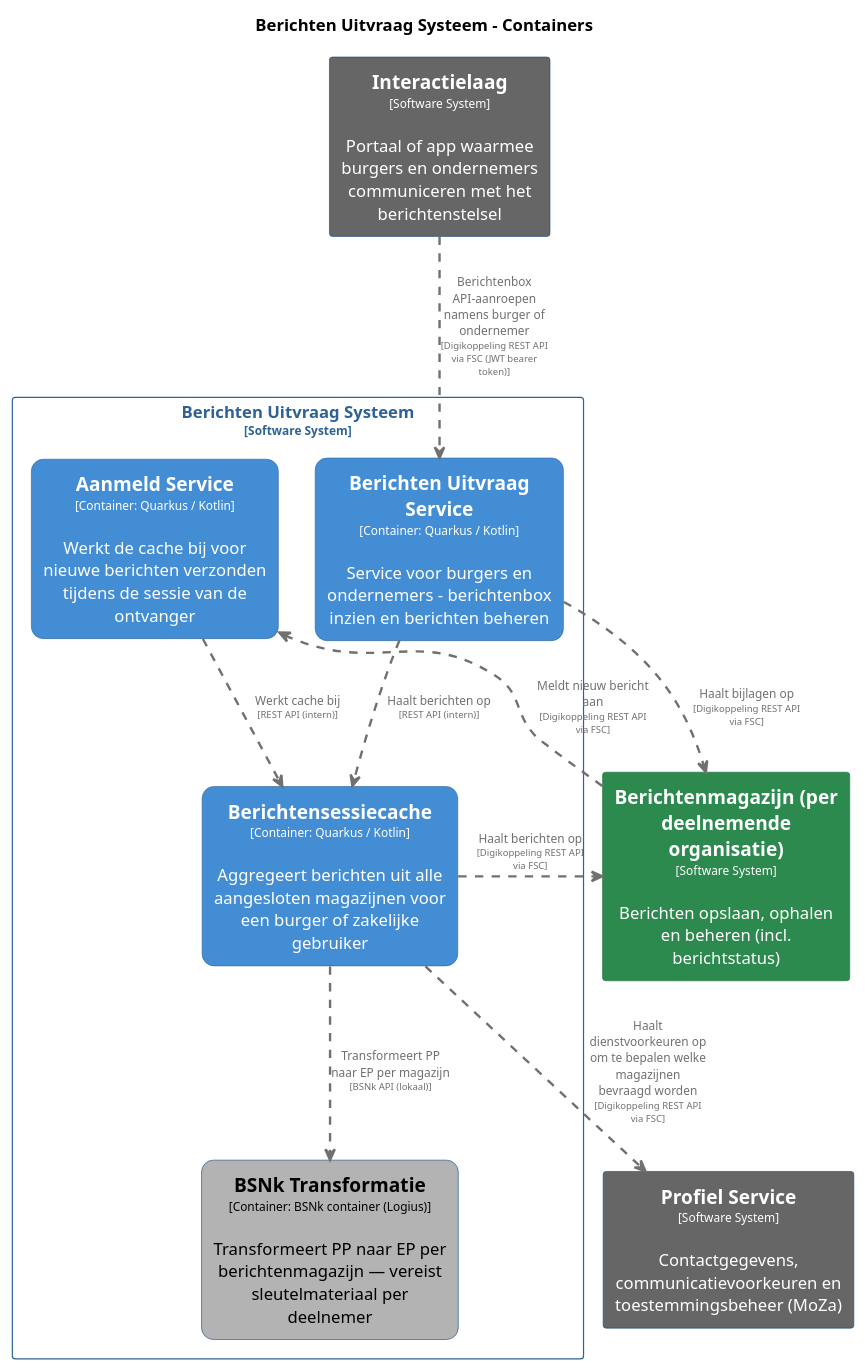
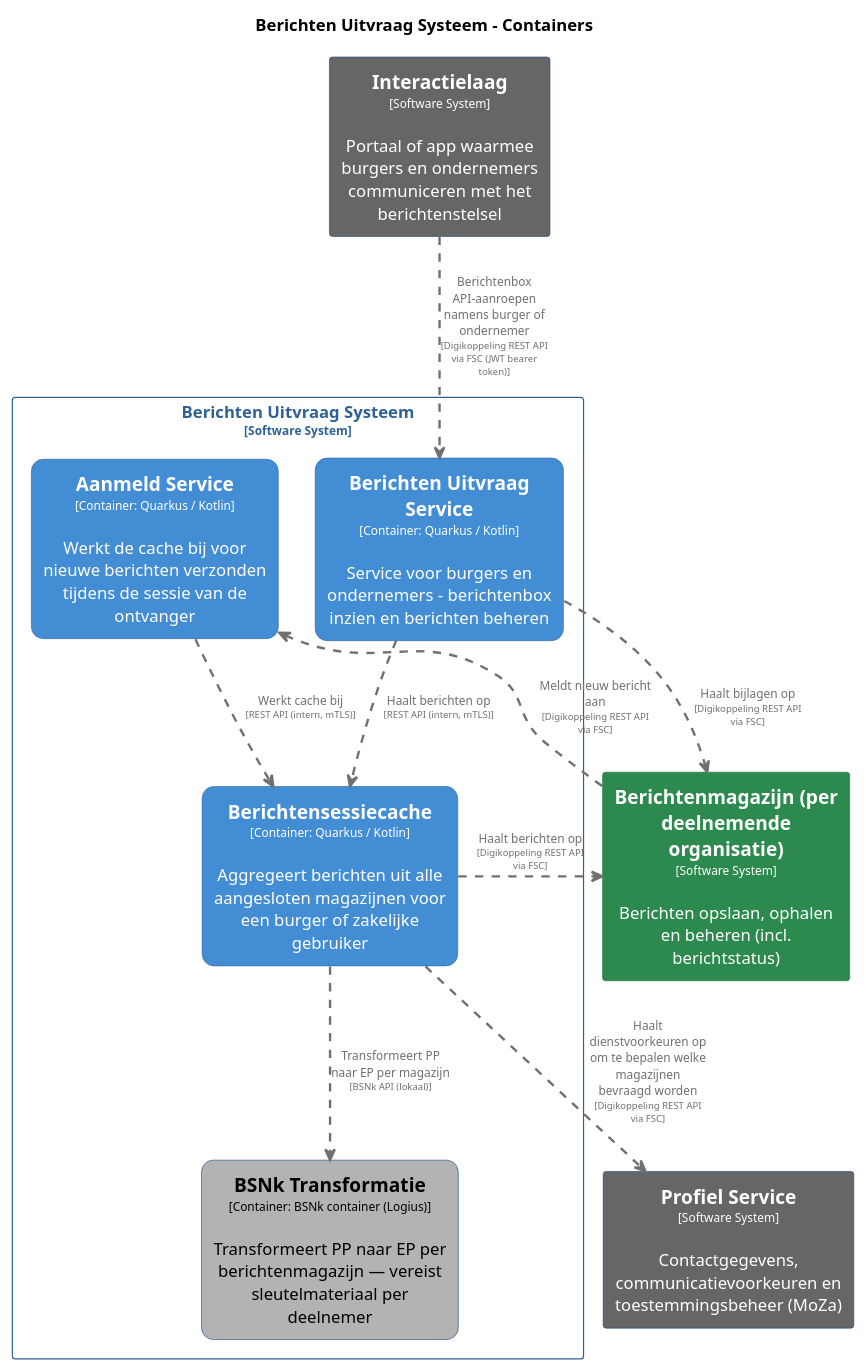
Before and after one commit to MinBZK/moza-poc-fbs-berichtenbox: the diagram in pr-preview/pr-22/master/puml/BerichtenUitvraagSysteemContainers.puml, drawn with PlantUML. The commit also changed 40 other files, not shown here.

```diff
--- a/pr-preview/pr-22/master/puml/BerichtenUitvraagSysteemContainers.puml
+++ b/pr-preview/pr-22/master/puml/BerichtenUitvraagSysteemContainers.puml
@@ -1,89 +1,89 @@
 @startuml
 set separator none
 title Berichten Uitvraag Systeem - Containers
 
 top to bottom direction
 skinparam ranksep 60
 skinparam nodesep 30
 
 skinparam {
   arrowFontSize 10
   defaultTextAlignment center
   wrapWidth 200
   maxMessageSize 100
 }
 
 hide stereotype
 
 skinparam rectangle<<BerichtenUitvraagSysteem.AanmeldService>> {
   BackgroundColor #438dd5
   FontColor #ffffff
   BorderColor #2e6295
   roundCorner 20
   shadowing false
 }
 skinparam rectangle<<BerichtenUitvraagSysteem.BSNkTransformatie>> {
   BackgroundColor #b3b3b3
   FontColor #000000
   BorderColor #0b4884
   roundCorner 20
   shadowing false
 }
 skinparam rectangle<<BerichtenUitvraagSysteem.BerichtenUitvraagService>> {
   BackgroundColor #438dd5
   FontColor #ffffff
   BorderColor #2e6295
   roundCorner 20
   shadowing false
 }
 skinparam rectangle<<Berichtenmagazijnperdeelnemendeorganisatie>> {
   BackgroundColor #2d8a4e
   FontColor #ffffff
   BorderColor #1e6b38
   shadowing false
 }
 skinparam rectangle<<BerichtenUitvraagSysteem.Berichtensessiecache>> {
   BackgroundColor #438dd5
   FontColor #ffffff
   BorderColor #2e6295
   roundCorner 20
   shadowing false
 }
 skinparam rectangle<<Interactielaag>> {
   BackgroundColor #666666
   FontColor #ffffff
   BorderColor #0b4884
   shadowing false
 }
 skinparam rectangle<<ProfielService>> {
   BackgroundColor #666666
   FontColor #ffffff
   BorderColor #0b4884
   shadowing false
 }
 skinparam rectangle<<BerichtenUitvraagSysteem>> {
   BorderColor #2e6295
   FontColor #2e6295
   shadowing false
 }
 
 rectangle "==Profiel Service\n<size:10>[Software System]</size>\n\nContactgegevens, communicatievoorkeuren en toestemmingsbeheer (MoZa)" <<ProfielService>> as ProfielService
 rectangle "==Interactielaag\n<size:10>[Software System]</size>\n\nPortaal of app waarmee burgers en ondernemers communiceren met het berichtenstelsel" <<Interactielaag>> as Interactielaag
 rectangle "==Berichtenmagazijn (per deelnemende organisatie)\n<size:10>[Software System]</size>\n\nBerichten opslaan, ophalen en beheren (incl. berichtstatus)" <<Berichtenmagazijnperdeelnemendeorganisatie>> as Berichtenmagazijnperdeelnemendeorganisatie
 
 rectangle "Berichten Uitvraag Systeem\n<size:10>[Software System]</size>" <<BerichtenUitvraagSysteem>> {
   rectangle "==Berichtensessiecache\n<size:10>[Container: Quarkus / Kotlin]</size>\n\nAggregeert berichten uit alle aangesloten magazijnen voor een burger of zakelijke gebruiker" <<BerichtenUitvraagSysteem.Berichtensessiecache>> as BerichtenUitvraagSysteem.Berichtensessiecache
   rectangle "==Berichten Uitvraag Service\n<size:10>[Container: Quarkus / Kotlin]</size>\n\nService voor burgers en ondernemers - berichtenbox inzien en berichten beheren" <<BerichtenUitvraagSysteem.BerichtenUitvraagService>> as BerichtenUitvraagSysteem.BerichtenUitvraagService
   rectangle "==BSNk Transformatie\n<size:10>[Container: BSNk container (Logius)]</size>\n\nTransformeert PP naar EP per berichtenmagazijn — vereist sleutelmateriaal per deelnemer" <<BerichtenUitvraagSysteem.BSNkTransformatie>> as BerichtenUitvraagSysteem.BSNkTransformatie
   rectangle "==Aanmeld Service\n<size:10>[Container: Quarkus / Kotlin]</size>\n\nWerkt de cache bij voor nieuwe berichten verzonden tijdens de sessie van de ontvanger" <<BerichtenUitvraagSysteem.AanmeldService>> as BerichtenUitvraagSysteem.AanmeldService
 }
 
 Berichtenmagazijnperdeelnemendeorganisatie .[#707070,thickness=2].> BerichtenUitvraagSysteem.AanmeldService : "<color:#707070>Meldt nieuw bericht aan\n<color:#707070><size:8>[Digikoppeling REST API via FSC]</size>"
 BerichtenUitvraagSysteem.Berichtensessiecache .[#707070,thickness=2].> ProfielService : "<color:#707070>Haalt dienstvoorkeuren op om te bepalen welke magazijnen bevraagd worden\n<color:#707070><size:8>[Digikoppeling REST API via FSC]</size>"
 BerichtenUitvraagSysteem.Berichtensessiecache .[#707070,thickness=2].> Berichtenmagazijnperdeelnemendeorganisatie : "<color:#707070>Haalt berichten op\n<color:#707070><size:8>[Digikoppeling REST API via FSC]</size>"
 BerichtenUitvraagSysteem.Berichtensessiecache .[#707070,thickness=2].> BerichtenUitvraagSysteem.BSNkTransformatie : "<color:#707070>Transformeert PP naar EP per magazijn\n<color:#707070><size:8>[BSNk API (lokaal)]</size>"
-BerichtenUitvraagSysteem.AanmeldService .[#707070,thickness=2].> BerichtenUitvraagSysteem.Berichtensessiecache : "<color:#707070>Werkt cache bij\n<color:#707070><size:8>[REST API (intern)]</size>"
-BerichtenUitvraagSysteem.BerichtenUitvraagService .[#707070,thickness=2].> BerichtenUitvraagSysteem.Berichtensessiecache : "<color:#707070>Haalt berichten op\n<color:#707070><size:8>[REST API (intern)]</size>"
+BerichtenUitvraagSysteem.AanmeldService .[#707070,thickness=2].> BerichtenUitvraagSysteem.Berichtensessiecache : "<color:#707070>Werkt cache bij\n<color:#707070><size:8>[REST API (intern, mTLS)]</size>"
+BerichtenUitvraagSysteem.BerichtenUitvraagService .[#707070,thickness=2].> BerichtenUitvraagSysteem.Berichtensessiecache : "<color:#707070>Haalt berichten op\n<color:#707070><size:8>[REST API (intern, mTLS)]</size>"
 Interactielaag .[#707070,thickness=2].> BerichtenUitvraagSysteem.BerichtenUitvraagService : "<color:#707070>Berichtenbox API-aanroepen namens burger of ondernemer\n<color:#707070><size:8>[Digikoppeling REST API via FSC (JWT bearer token)]</size>"
 BerichtenUitvraagSysteem.BerichtenUitvraagService .[#707070,thickness=2].> Berichtenmagazijnperdeelnemendeorganisatie : "<color:#707070>Haalt bijlagen op\n<color:#707070><size:8>[Digikoppeling REST API via FSC]</size>"
 @enduml
```
